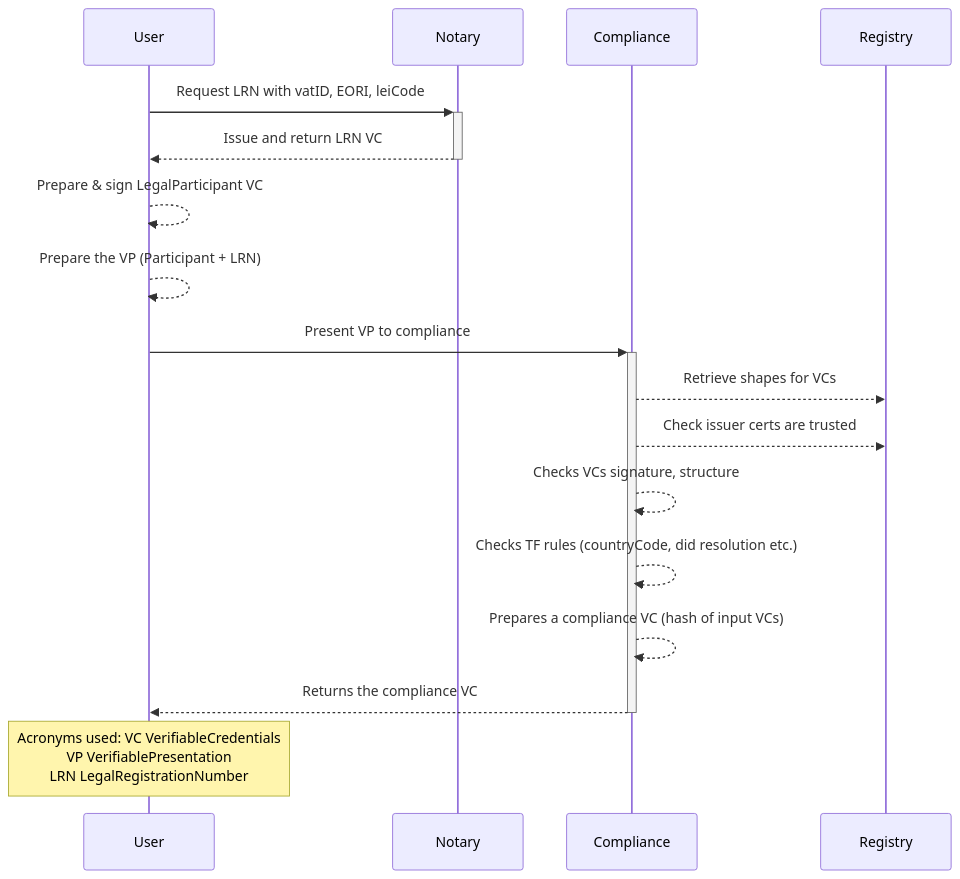
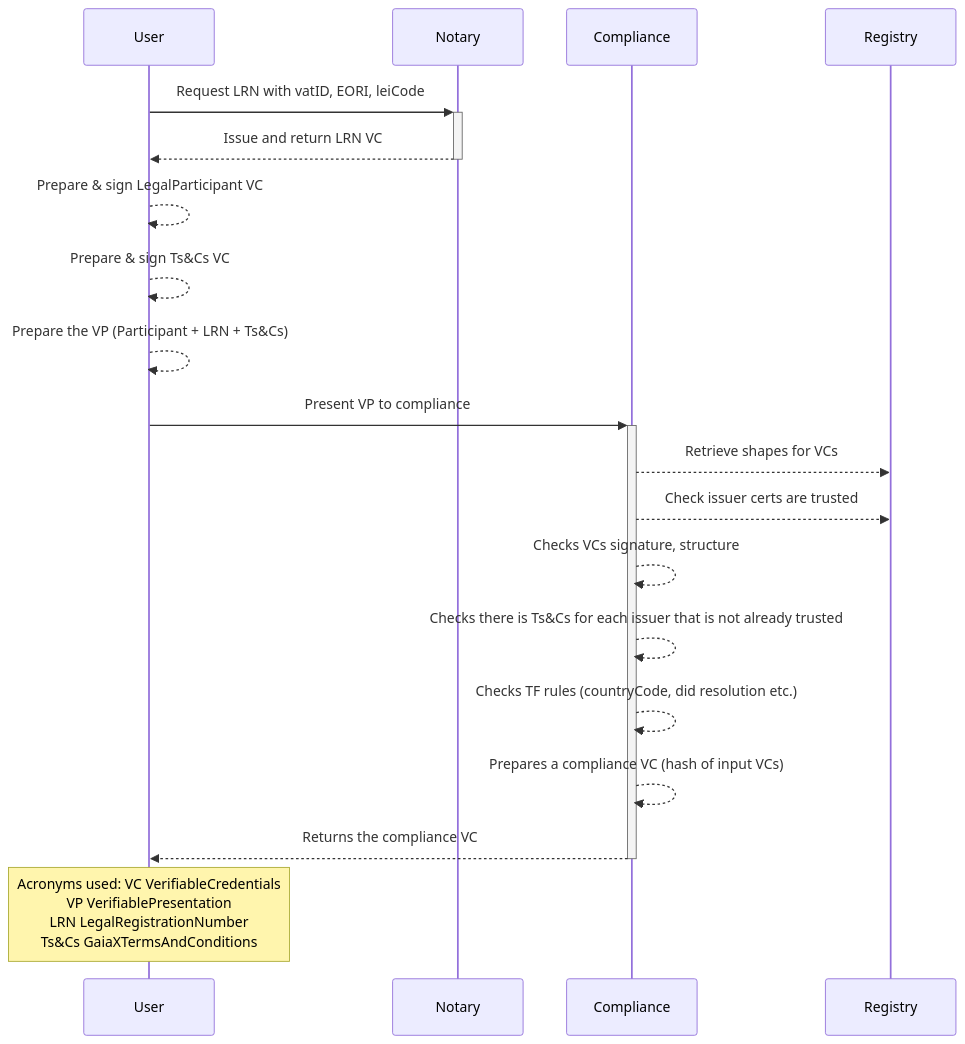
Before and after one commit to smartSenseSolutions/Gaia-X-Compliance-Service: the diagram in README-api.md, drawn with Mermaid. The commit also changed other lines of this file and 3 other files, not shown here.

````diff
--- a/README-api.md
+++ b/README-api.md
@@ -8,16 +8,18 @@
 ```mermaid
 sequenceDiagram
     User->>+Notary: Request LRN with vatID, EORI, leiCode
     Notary-->>-User: Issue and return LRN VC
     User-->>User: Prepare & sign LegalParticipant VC
-    User-->>User: Prepare the VP (Participant + LRN)
+    User-->>User: Prepare & sign Ts&Cs VC
+    User-->>User: Prepare the VP (Participant + LRN + Ts&Cs)
     User->>+Compliance: Present VP to compliance
     Compliance-->>Registry: Retrieve shapes for VCs
     Compliance-->>Registry: Check issuer certs are trusted
     Compliance-->>Compliance: Checks VCs signature, structure
+    Compliance-->>Compliance: Checks there is Ts&Cs for each issuer that is not already trusted
     Compliance-->>Compliance: Checks TF rules (countryCode, did resolution etc.)
     Compliance-->>Compliance: Prepares a compliance VC (hash of input VCs)
     Compliance-->>-User: Returns the compliance VC
 
-    note over User: Acronyms used: VC VerifiableCredentials <br/>VP VerifiablePresentation <br/>LRN LegalRegistrationNumber
+    note over User: Acronyms used: VC VerifiableCredentials <br/>VP VerifiablePresentation <br/>LRN LegalRegistrationNumber<br/>Ts&Cs GaiaXTermsAndConditions
 ```
````
